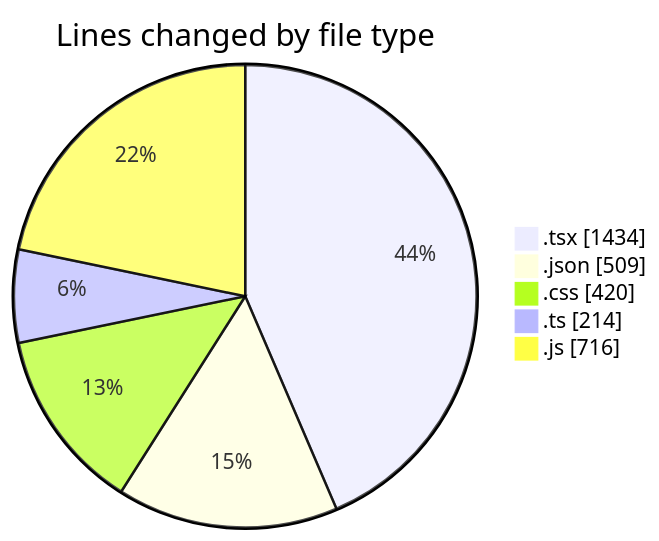
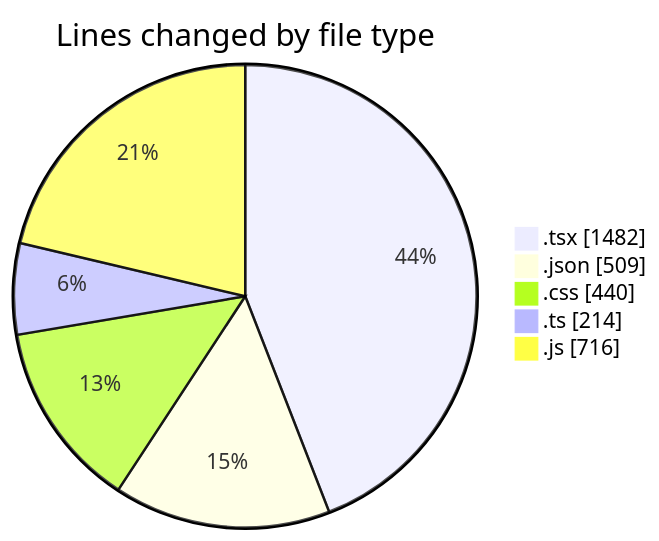
Before and after one commit to Elitesun/code-tracking: the first of 2 diagrams in 2025-05-04/niten/README.md, drawn with Mermaid. The commit also changed other lines of this file and 1 other file, not shown here.

````diff
--- a/2025-05-04/niten/README.md
+++ b/2025-05-04/niten/README.md
@@ -50,9 +50,9 @@
 ```mermaid
 pie showData
 title Lines changed by file type
-".tsx" : 1434
+".tsx" : 1482
 ".json" : 509
-".css" : 420
+".css" : 440
 ".ts" : 214
 ".js" : 716
 ```
````
